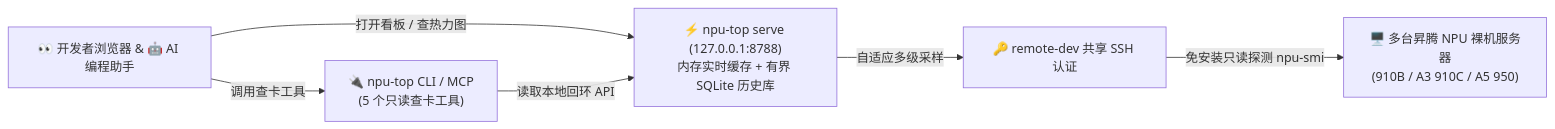
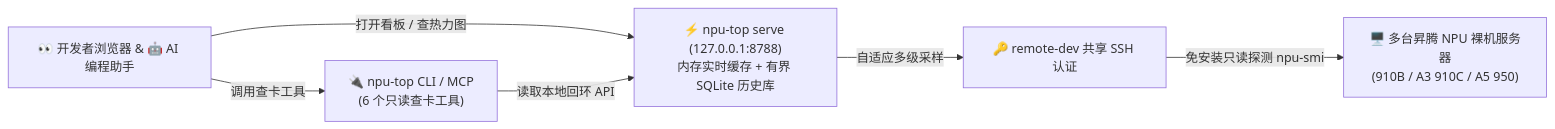
Before and after one commit to mindie-agent/npu-top: the diagram in README.md, drawn with Mermaid. The commit also changed other lines of this file and 1 other file, not shown here.

Commit message:
docs: remove manual install instructions and align 6 read-only MCP tools in README and README.en

````diff
--- a/README.md
+++ b/README.md
@@ -40,14 +40,14 @@
 ```mermaid
 flowchart LR
     User["👀 开发者浏览器 & 🤖 AI 编程助手"]
     Server["⚡ npu-top serve (127.0.0.1:8788)<br/>内存实时缓存 + 有界 SQLite 历史库"]
-    MCP["🔌 npu-top CLI / MCP<br/>(5 个只读查卡工具)"]
+    MCP["🔌 npu-top CLI / MCP<br/>(6 个只读查卡工具)"]
     SSH["🔑 remote-dev 共享 SSH 认证"]
     Hosts["🖥️ 多台昇腾 NPU 裸机服务器<br/>(910B / A3 910C / A5 950)"]
 
     User -->|"打开看板 / 查热力图"| Server
     User -->|"调用查卡工具"| MCP
     MCP -->|"读取本地回环 API"| Server
     Server -->|"自适应多级采样"| SSH
     SSH -->|"免安装只读探测 npu-smi"| Hosts
 ```
````
